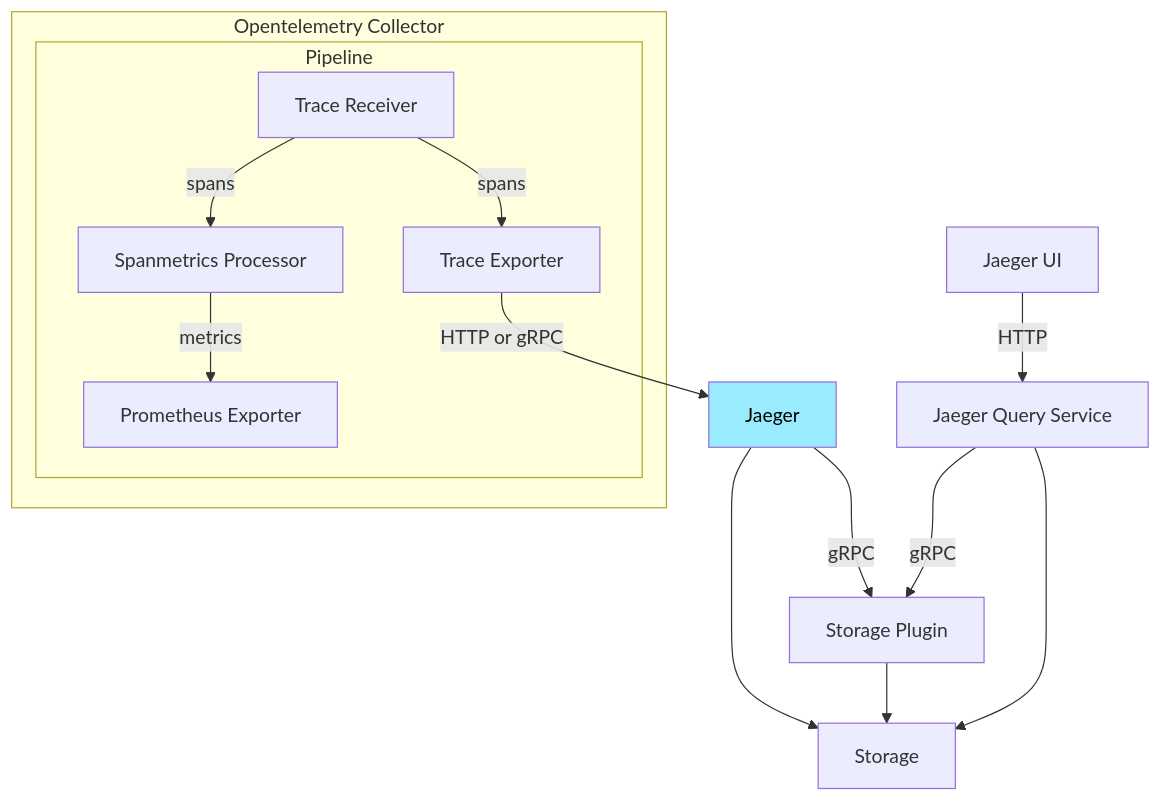
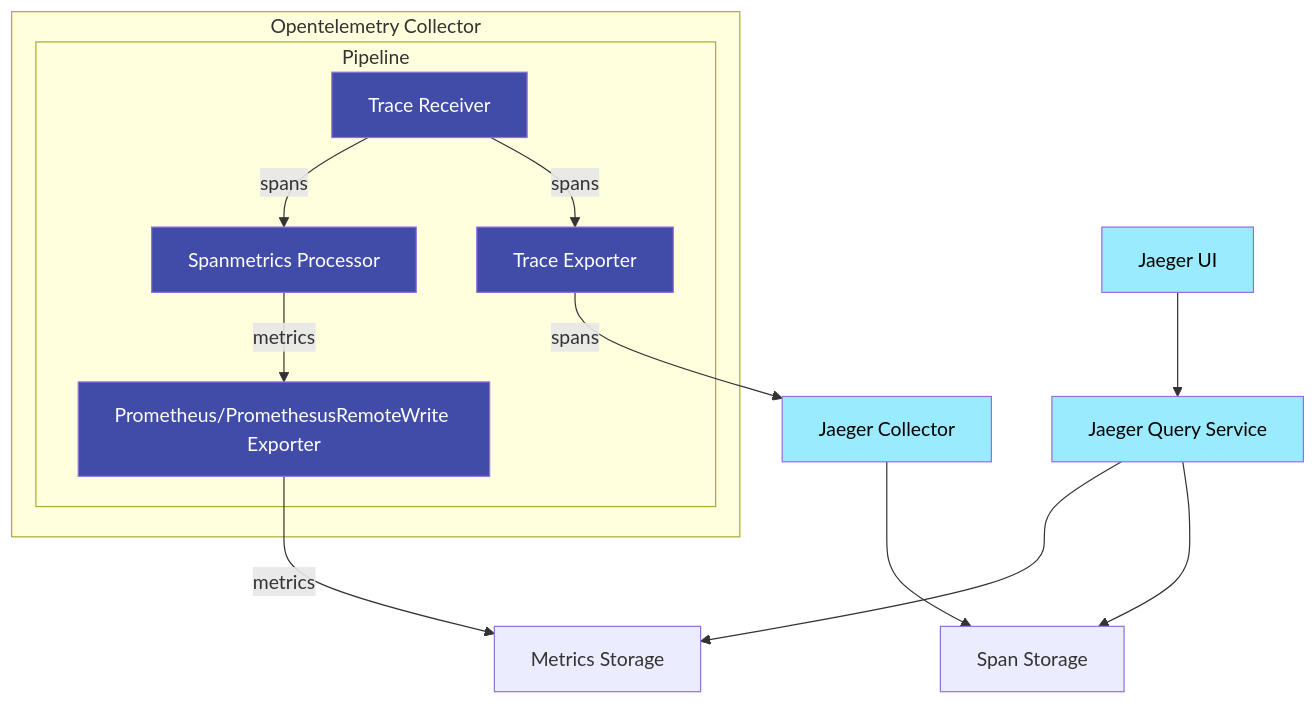
Before and after one commit to jaegertracing/documentation: the diagram in content/docs/next-release/atm.md, drawn with Mermaid. The commit also changed other lines of this file, not shown here.

Commit message:
Update architecture graph

````diff
--- a/content/docs/next-release/atm.md
+++ b/content/docs/next-release/atm.md
@@ -24,24 +34,28 @@
 ```mermaid
-graph TD
+graph
     TRACE_RECEIVER[Trace Receiver] --> |spans| SPANMETRICS_PROC[Spanmetrics Processor]
     TRACE_RECEIVER --> |spans| TRACE_EXPORTER[Trace Exporter]
-    %% TRACE_EXPORTER --> |HTTP/sampling| TRACE_RECEIVER
-    TRACE_EXPORTER --> |HTTP or gRPC| JAEGER[Jaeger]
-    %% JAEGER --> |gRPC/sampling| TRACE_EXPORTER
-    SPANMETRICS_PROC --> |metrics| PROMETHEUS_EXPORTER[Prometheus Exporter]
-    JAEGER --> STORE[Storage]
-    JAEGER --> |gRPC| PLUGIN[Storage Plugin]
-    PLUGIN --> STORE
-    QUERY[Jaeger Query Service] --> STORE
-    QUERY --> |gRPC| PLUGIN
-    UI[Jaeger UI] --> |HTTP| QUERY
+    TRACE_EXPORTER --> |spans| JAEGER[Jaeger Collector]
+    SPANMETRICS_PROC --> |metrics| PROMETHEUS_EXPORTER[Prometheus/PromethesusRemoteWrite Exporter]
+    UI[Jaeger UI] --> QUERY
+    JAEGER --> SPAN_STORE[Span Storage]
+    QUERY[Jaeger Query Service] --> METRICS_STORE[Metrics Storage]
+    QUERY --> SPAN_STORE
+    PROMETHEUS_EXPORTER --> |metrics| METRICS_STORE
     subgraph Opentelemetry Collector
         subgraph Pipeline
             TRACE_RECEIVER
             SPANMETRICS_PROC
             TRACE_EXPORTER
             PROMETHEUS_EXPORTER
         end
     end
     style JAEGER fill:#9AEBFE,color:black
+    style UI fill:#9AEBFE,color:black
+    style QUERY fill:#9AEBFE,color:black
+
+    style TRACE_RECEIVER fill:#404ca8,color:white
+    style TRACE_EXPORTER fill:#404ca8,color:white
+    style SPANMETRICS_PROC fill:#404ca8,color:white
+    style PROMETHEUS_EXPORTER fill:#404ca8,color:white
 ```
````
